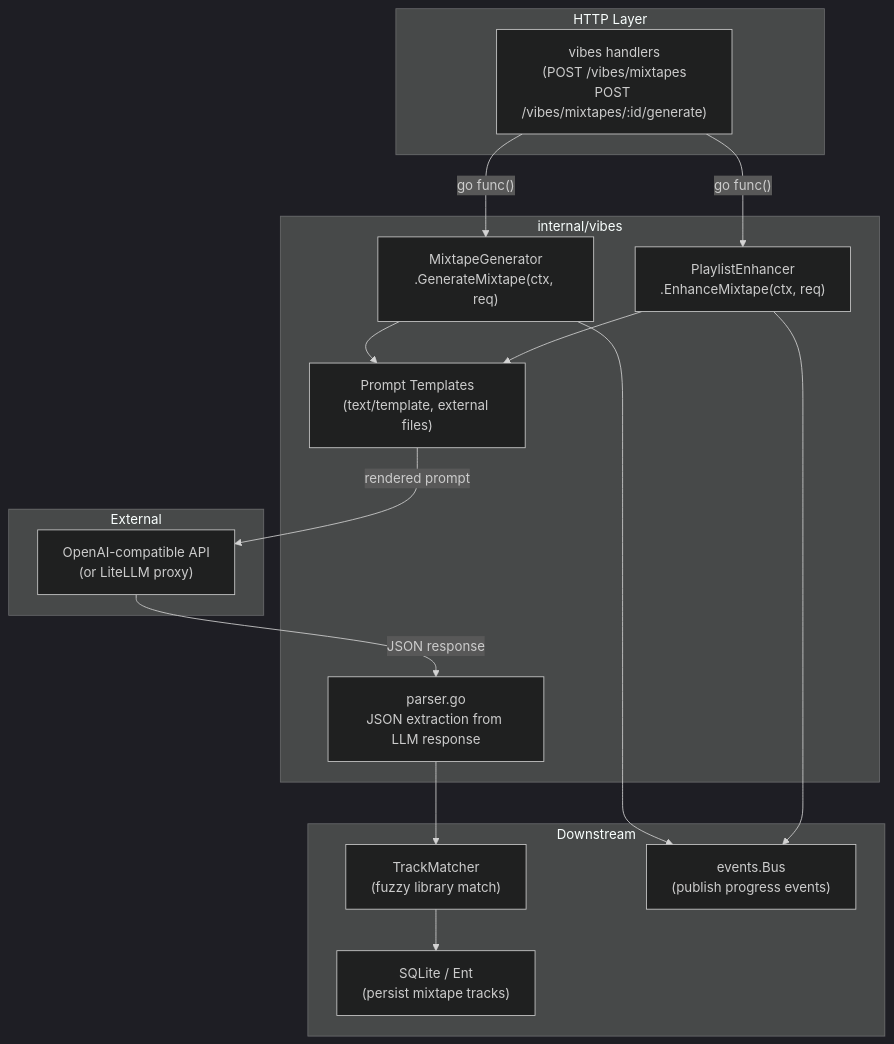
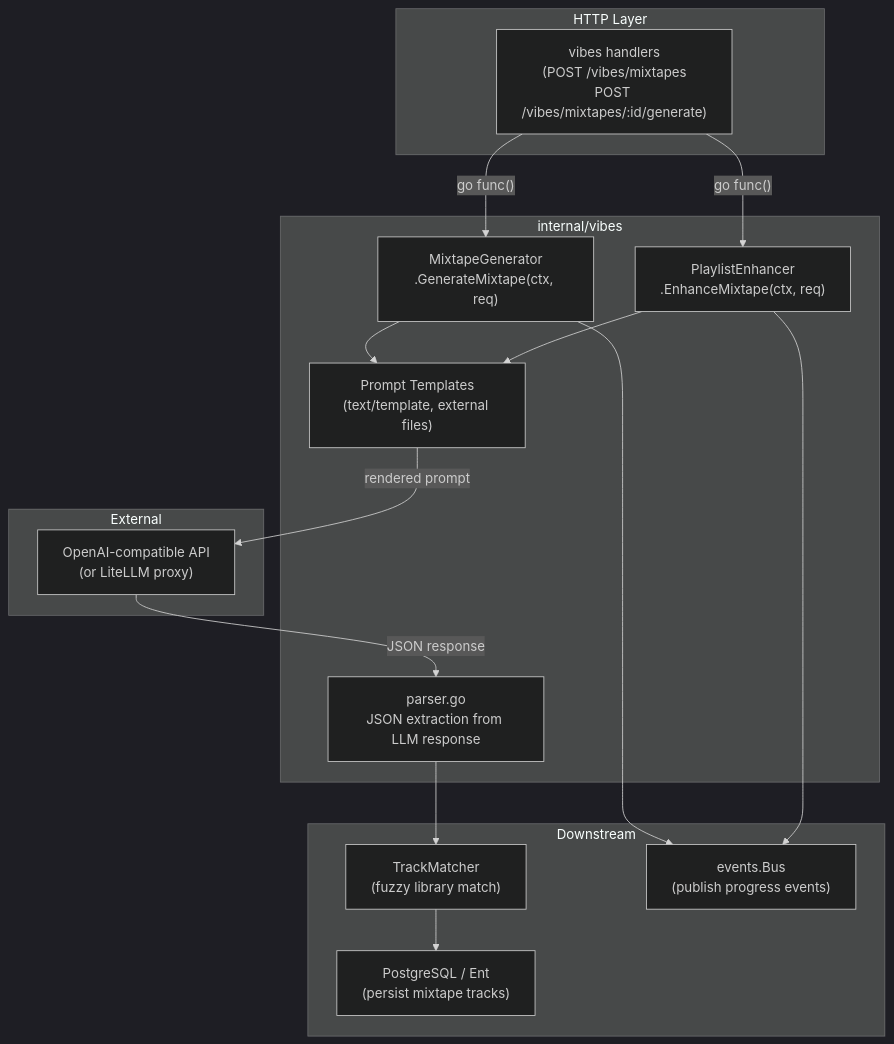
One commit to joestump-agent/spotter changed the diagram in docs/openspec/specs/vibes-ai-mixtape-engine/spec.md. Above: the diagram before and after it, drawn with Mermaid (dark theme). The commit also changed other lines of this file and 55 other files, not shown here.

````diff
--- a/docs/openspec/specs/vibes-ai-mixtape-engine/spec.md
+++ b/docs/openspec/specs/vibes-ai-mixtape-engine/spec.md
@@ -156,34 +156,34 @@
 ```mermaid
 flowchart TD
     subgraph HTTP["HTTP Layer"]
         H["vibes handlers\n(POST /vibes/mixtapes\nPOST /vibes/mixtapes/:id/generate)"]
     end
 
     subgraph Vibes["internal/vibes"]
         MG["MixtapeGenerator\n.GenerateMixtape(ctx, req)"]
         PE["PlaylistEnhancer\n.EnhanceMixtape(ctx, req)"]
         PT["Prompt Templates\n(text/template, external files)"]
         PRS["parser.go\nJSON extraction from LLM response"]
     end
 
     subgraph External["External"]
         LLM["OpenAI-compatible API\n(or LiteLLM proxy)"]
     end
 
     subgraph Downstream["Downstream"]
         TM["TrackMatcher\n(fuzzy library match)"]
-        DB["SQLite / Ent\n(persist mixtape tracks)"]
+        DB["PostgreSQL / Ent\n(persist mixtape tracks)"]
         BUS["events.Bus\n(publish progress events)"]
     end
 
     H -->|"go func()"| MG
     H -->|"go func()"| PE
     MG --> PT
     PE --> PT
     PT -->|"rendered prompt"| LLM
     LLM -->|"JSON response"| PRS
     PRS --> TM
     TM --> DB
     MG --> BUS
     PE --> BUS
 ```
````
